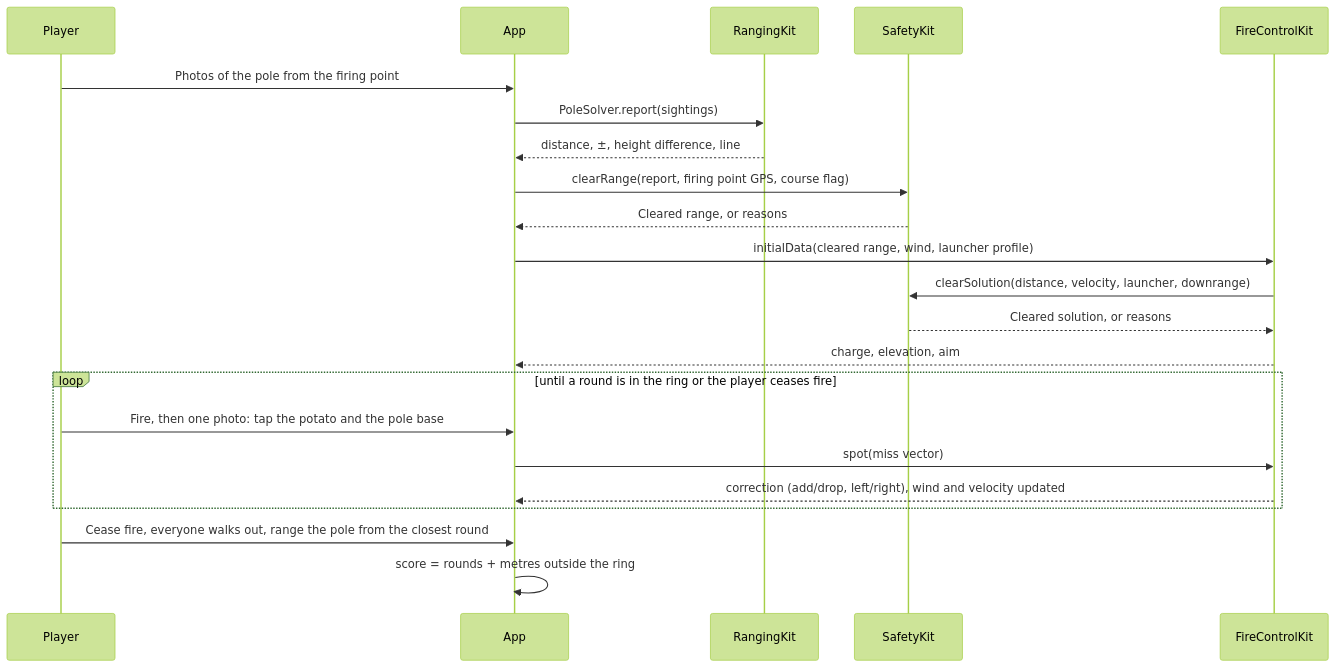
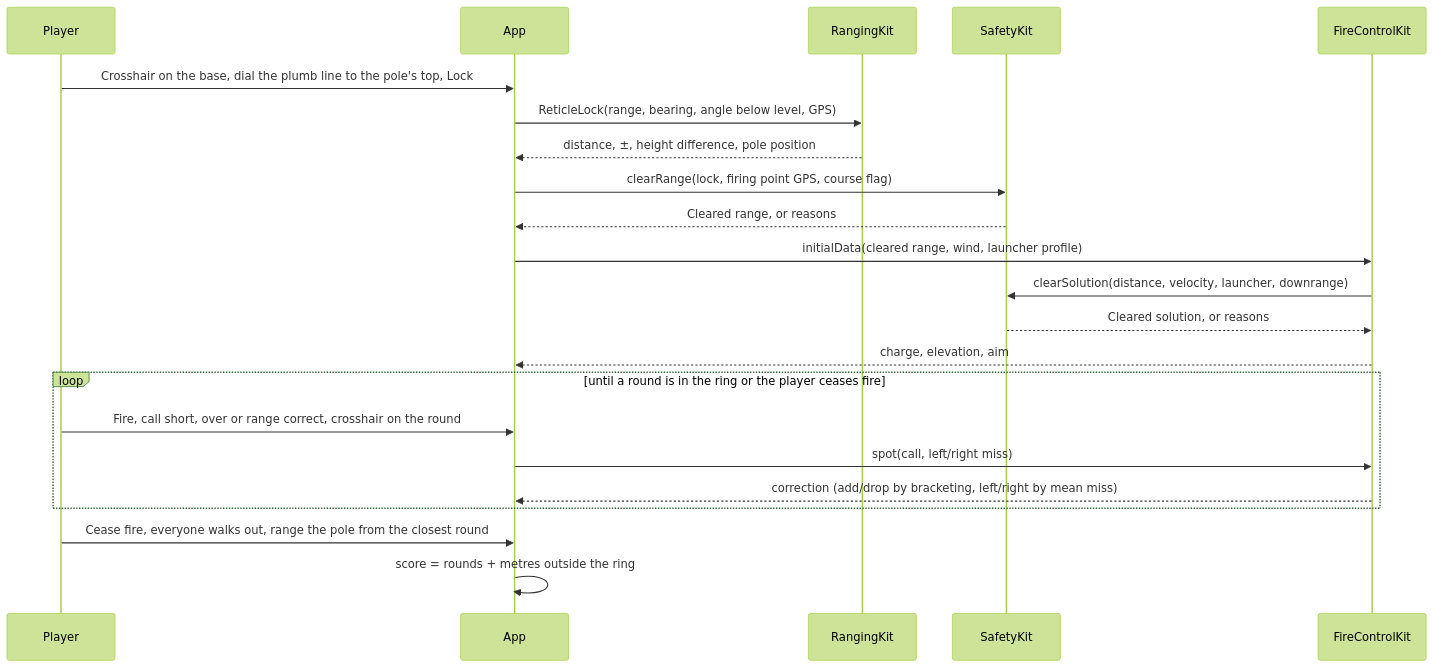
The second of 2 diagrams in docs/ARCHITECTURE.md (zacharyelston/BackyardBallistics), drawn with Mermaid (forest theme) before and after one commit. The commit also changed other lines of this file and 18 other files, not shown here.

````diff
--- a/docs/ARCHITECTURE.md
+++ b/docs/ARCHITECTURE.md
@@ -87,24 +103,24 @@
 ```mermaid
 sequenceDiagram
   participant P as Player
   participant A as App
   participant R as RangingKit
   participant S as SafetyKit
   participant F as FireControlKit
-  P->>A: Photos of the pole from the firing point
-  A->>R: PoleSolver.report(sightings)
-  R-->>A: distance, ±, height difference, line
-  A->>S: clearRange(report, firing point GPS, course flag)
+  P->>A: Crosshair on the base, dial the plumb line to the pole's top, Lock
+  A->>R: ReticleLock(range, bearing, angle below level, GPS)
+  R-->>A: distance, ±, height difference, pole position
+  A->>S: clearRange(lock, firing point GPS, course flag)
   S-->>A: Cleared range, or reasons
   A->>F: initialData(cleared range, wind, launcher profile)
   F->>S: clearSolution(distance, velocity, launcher, downrange)
   S-->>F: Cleared solution, or reasons
   F-->>A: charge, elevation, aim
   loop until a round is in the ring or the player ceases fire
-    P->>A: Fire, then one photo: tap the potato and the pole base
-    A->>F: spot(miss vector)
-    F-->>A: correction (add/drop, left/right), wind and velocity updated
+    P->>A: Fire, call short, over or range correct, crosshair on the round
+    A->>F: spot(call, left/right miss)
+    F-->>A: correction (add/drop by bracketing, left/right by mean miss)
   end
   P->>A: Cease fire, everyone walks out, range the pole from the closest round
   A->>A: score = rounds + metres outside the ring
 ```
````
